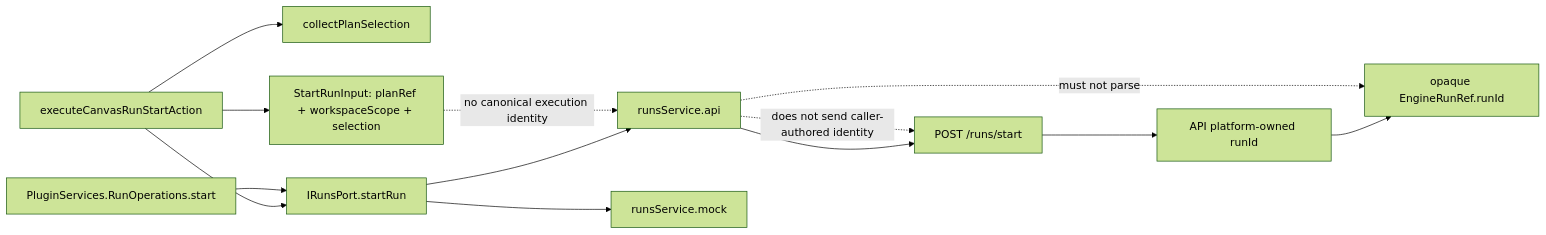
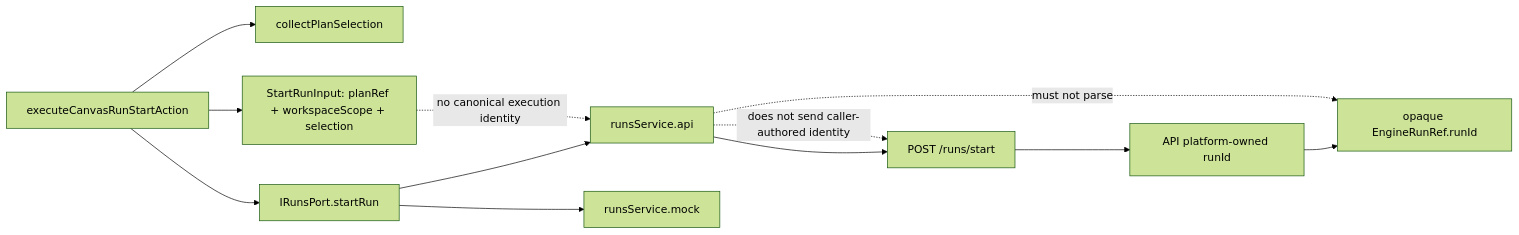
Before and after one commit to dunay2/dvt: the second of 3 diagrams in docs/architecture/components/web/runs/start-run-client-identity-boundary.md, drawn with Mermaid (forest theme). The commit also changed other lines of this file and 3 other files, not shown here.

````diff
--- a/docs/architecture/components/web/runs/start-run-client-identity-boundary.md
+++ b/docs/architecture/components/web/runs/start-run-client-identity-boundary.md
@@ -112,16 +109,15 @@
 ```mermaid
 flowchart LR
   Canvas["executeCanvasRunStartAction"] --> Selection["collectPlanSelection"]
   Canvas --> Port["IRunsPort.startRun"]
-  Plugins["PluginServices.RunOperations.start"] --> Port
   Port --> ApiService["runsService.api"]
   Port --> MockService["runsService.mock"]
   ApiService --> Http["POST /runs/start"]
   Http --> ApiIdentity["API platform-owned runId"]
   ApiIdentity --> Opaque["opaque EngineRunRef.runId"]
 
   Canvas --> Input["StartRunInput: planRef + workspaceScope + selection"]
   Input -. "no canonical execution identity" .-> ApiService
   ApiService -. "does not send caller-authored identity" .-> Http
   ApiService -. "must not parse" .-> Opaque
 ```
````
